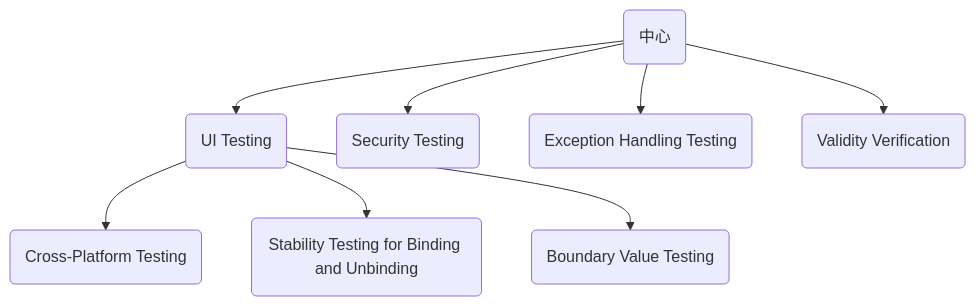
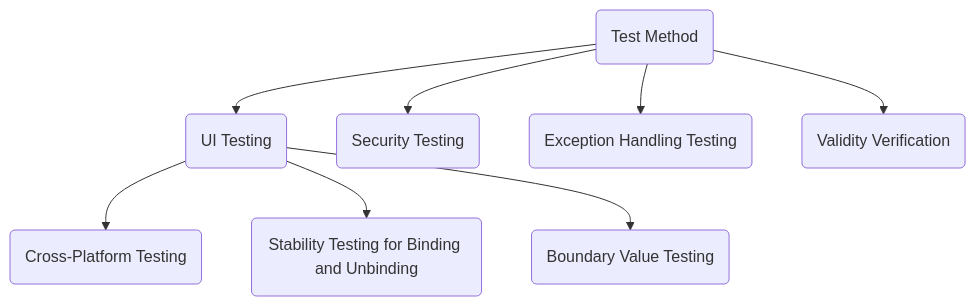
The diagram in README.md (BobChochola/JKOPAY_test), drawn with Mermaid before and after one commit.

````diff
--- a/README.md
+++ b/README.md
@@ -9,10 +9,10 @@
 ```mermaid
 graph TD;
-    A(中心) --> B(UI Testing);
+    A(Test Method) --> B(UI Testing);
     A --> H(Security Testing);
     A --> F(Exception Handling Testing);
     A --> G(Validity Verification);
     B --> C(Cross-Platform Testing);
     B --> D(Stability Testing for Binding and Unbinding);
     B --> E(Boundary Value Testing);
 ```
````
